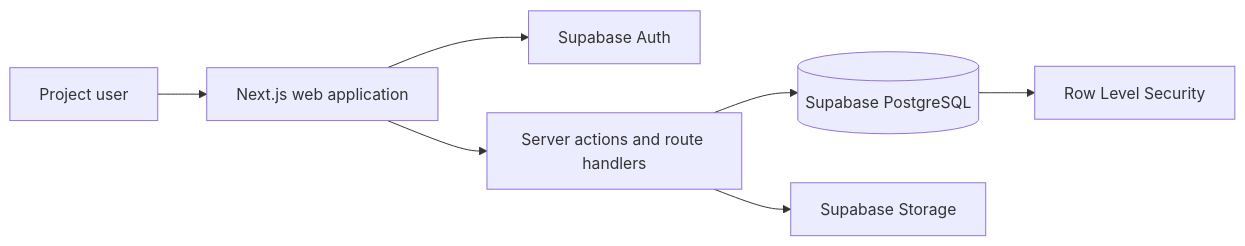
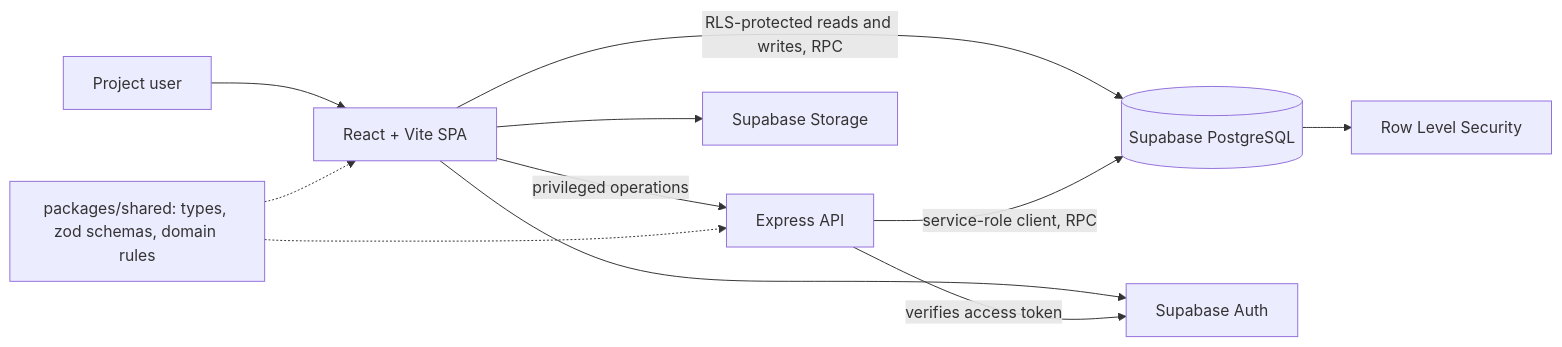
One commit to kaiksng/SPM changed the diagram in docs/architecture/README.md. Above: the diagram before and after it, drawn with Mermaid. The commit also changed other lines of this file and 6 other files, not shown here.

````diff
--- a/docs/architecture/README.md
+++ b/docs/architecture/README.md
@@ -5,9 +7,13 @@
 ```mermaid
 flowchart LR
-  User[Project user] --> Web[Next.js web application]
+  User[Project user] --> Web[React + Vite SPA]
+  Web -->|RLS-protected reads and writes, RPC| DB[(Supabase PostgreSQL)]
+  Web -->|privileged operations| API[Express API]
+  API -->|service-role client, RPC| DB
   Web --> Auth[Supabase Auth]
-  Web --> API[Server actions and route handlers]
-  API --> DB[(Supabase PostgreSQL)]
-  API --> Storage[Supabase Storage]
+  API -->|verifies access token| Auth
+  Web --> Storage[Supabase Storage]
   DB --> RLS[Row Level Security]
+  Shared[packages/shared: types, zod schemas, domain rules] -.-> Web
+  Shared -.-> API
 ```
````
